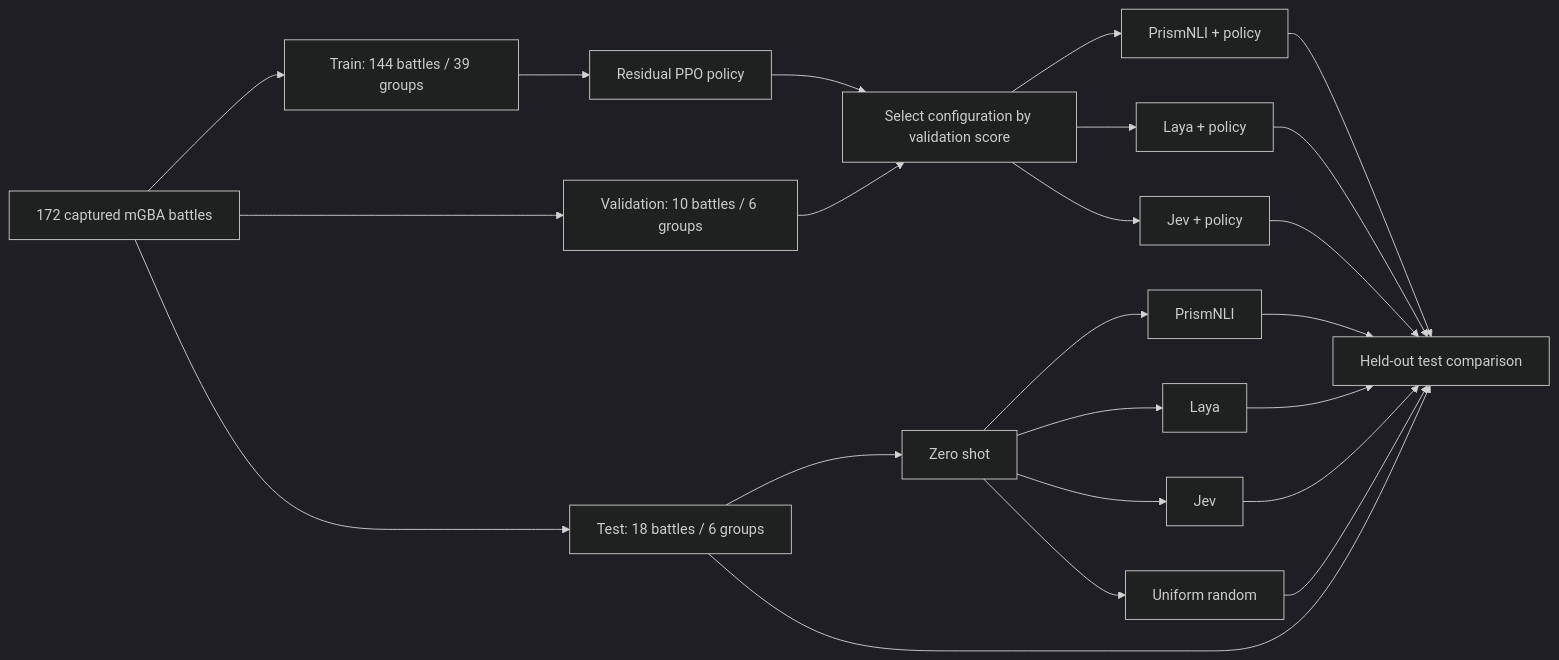
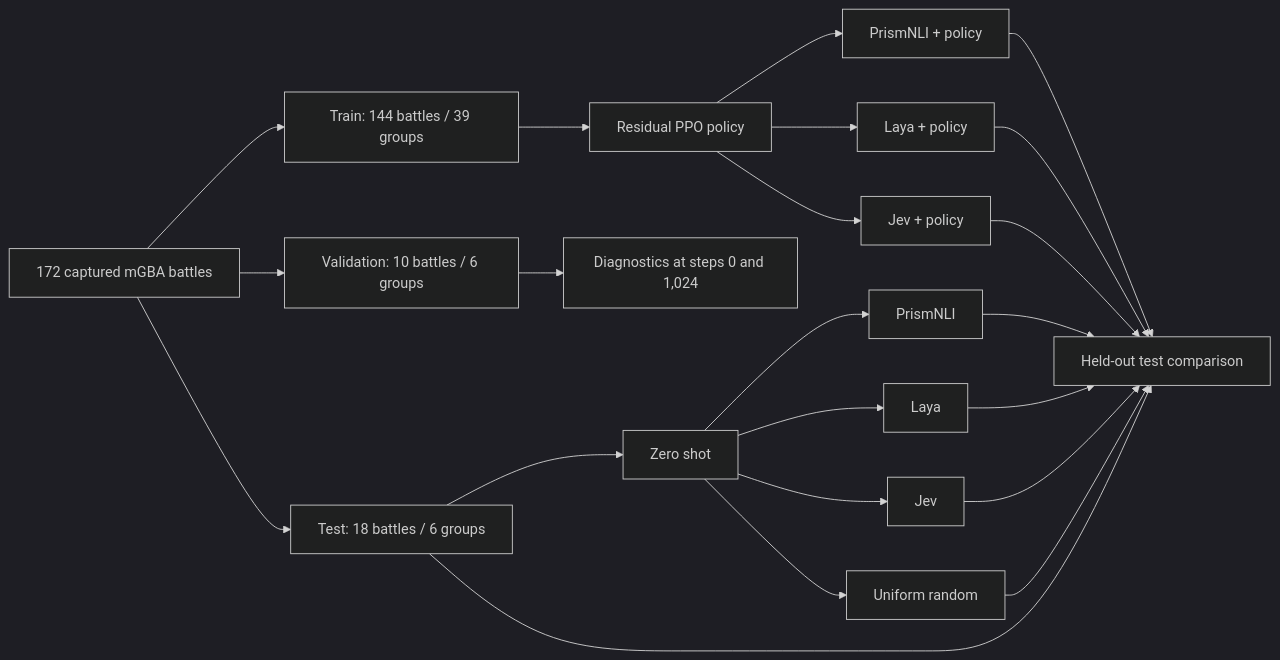
The diagram in README.md (elcronos/RL_zeroshot), drawn with Mermaid (dark theme) before and after one commit. The commit also changed other lines of this file and 12 other files, not shown here.

````diff
--- a/README.md
+++ b/README.md
@@ -92,25 +104,24 @@
 ```mermaid
 flowchart LR
     C[172 captured mGBA battles] --> TR[Train: 144 battles / 39 groups]
     C --> VA[Validation: 10 battles / 6 groups]
     C --> TE[Test: 18 battles / 6 groups]
     TE --> Z[Zero shot]
     Z --> ZP[PrismNLI]
     Z --> ZL[Laya]
     Z --> ZJ[Jev]
     Z --> ZU[Uniform random]
     TR --> PPO[Residual PPO policy]
-    VA --> SELECT[Select configuration by validation score]
-    PPO --> SELECT
-    SELECT --> TP[PrismNLI + policy]
-    SELECT --> TL[Laya + policy]
-    SELECT --> TJ[Jev + policy]
+    VA --> DIAG[Diagnostics at steps 0 and 1,024]
+    PPO --> TP[PrismNLI + policy]
+    PPO --> TL[Laya + policy]
+    PPO --> TJ[Jev + policy]
     ZP --> COMPARE[Held-out test comparison]
     ZL --> COMPARE
     ZJ --> COMPARE
     ZU --> COMPARE
     TP --> COMPARE
     TL --> COMPARE
     TJ --> COMPARE
     TE --> COMPARE
 ```
````
